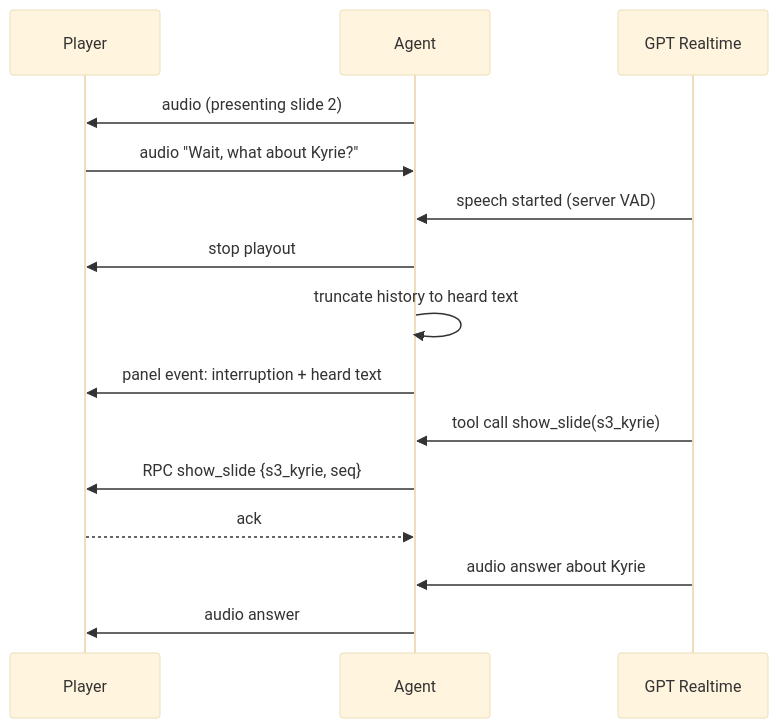
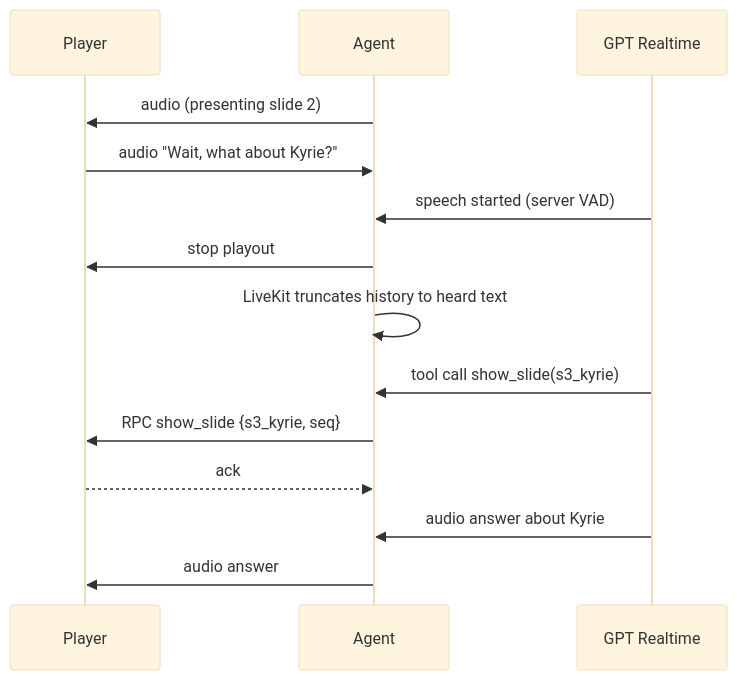
One commit to SidTheKid-dotcom/chalk-talk changed the fourth of 5 diagrams in docs/ARCHITECTURE.md. Above: the diagram before and after it, drawn with Mermaid (base theme). The commit also changed other lines of this file and 13 other files, not shown here.

````diff
--- a/docs/ARCHITECTURE.md
+++ b/docs/ARCHITECTURE.md
@@ -466,17 +467,16 @@
 ```mermaid
 sequenceDiagram
   participant P as Player
   participant A as Agent
   participant M as GPT Realtime
   A->>P: audio (presenting slide 2)
   P->>A: audio "Wait, what about Kyrie?"
   M->>A: speech started (server VAD)
   A->>P: stop playout
-  A->>A: truncate history to heard text
-  A->>P: panel event: interruption + heard text
+  A->>A: LiveKit truncates history to heard text
   M->>A: tool call show_slide(s3_kyrie)
   A->>P: RPC show_slide {s3_kyrie, seq}
   P-->>A: ack
   M->>A: audio answer about Kyrie
   A->>P: audio answer
 ```
````
